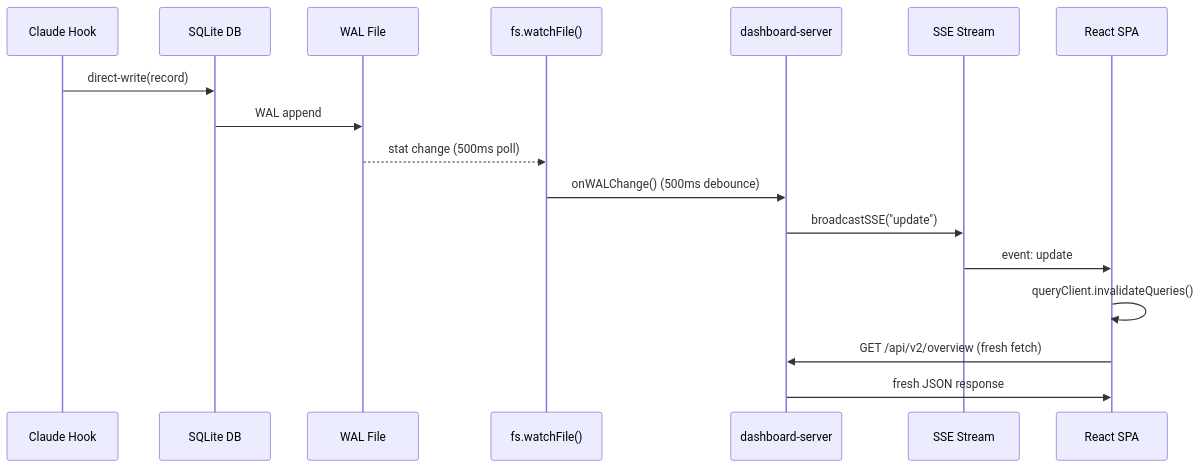
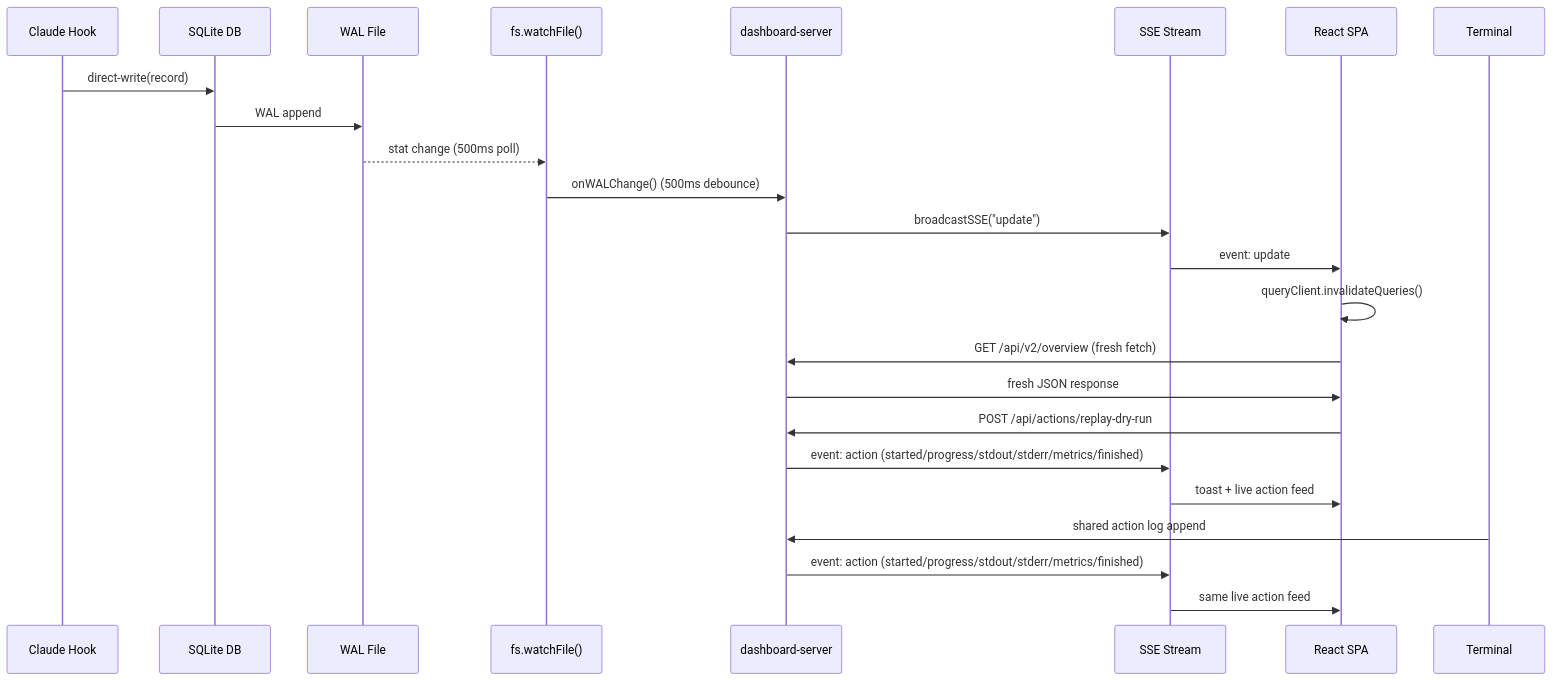
Before and after one commit to WellDunDun/selftune: the diagram in docs/design-docs/live-dashboard-sse.md, drawn with Mermaid. The commit also changed other lines of this file and 45 other files, not shown here.

````diff
--- a/docs/design-docs/live-dashboard-sse.md
+++ b/docs/design-docs/live-dashboard-sse.md
@@ -22,20 +24,28 @@
 ```mermaid
 sequenceDiagram
   participant Hook as Claude Hook
   participant SQLite as SQLite DB
   participant WAL as WAL File
   participant FSWatch as fs.watchFile()
   participant Server as dashboard-server
   participant SSE as SSE Stream
   participant Client as React SPA
 
   Hook->>SQLite: direct-write(record)
   SQLite->>WAL: WAL append
   WAL-->>FSWatch: stat change (500ms poll)
   FSWatch->>Server: onWALChange() (500ms debounce)
   Server->>SSE: broadcastSSE("update")
   SSE->>Client: event: update
   Client->>Client: queryClient.invalidateQueries()
   Client->>Server: GET /api/v2/overview (fresh fetch)
   Server->>Client: fresh JSON response
+
+  Client->>Server: POST /api/actions/replay-dry-run
+  Server->>SSE: event: action (started/progress/stdout/stderr/metrics/finished)
+  SSE->>Client: toast + live action feed
+
+  Terminal->>Server: shared action log append
+  Server->>SSE: event: action (started/progress/stdout/stderr/metrics/finished)
+  SSE->>Client: same live action feed
 ```
````
